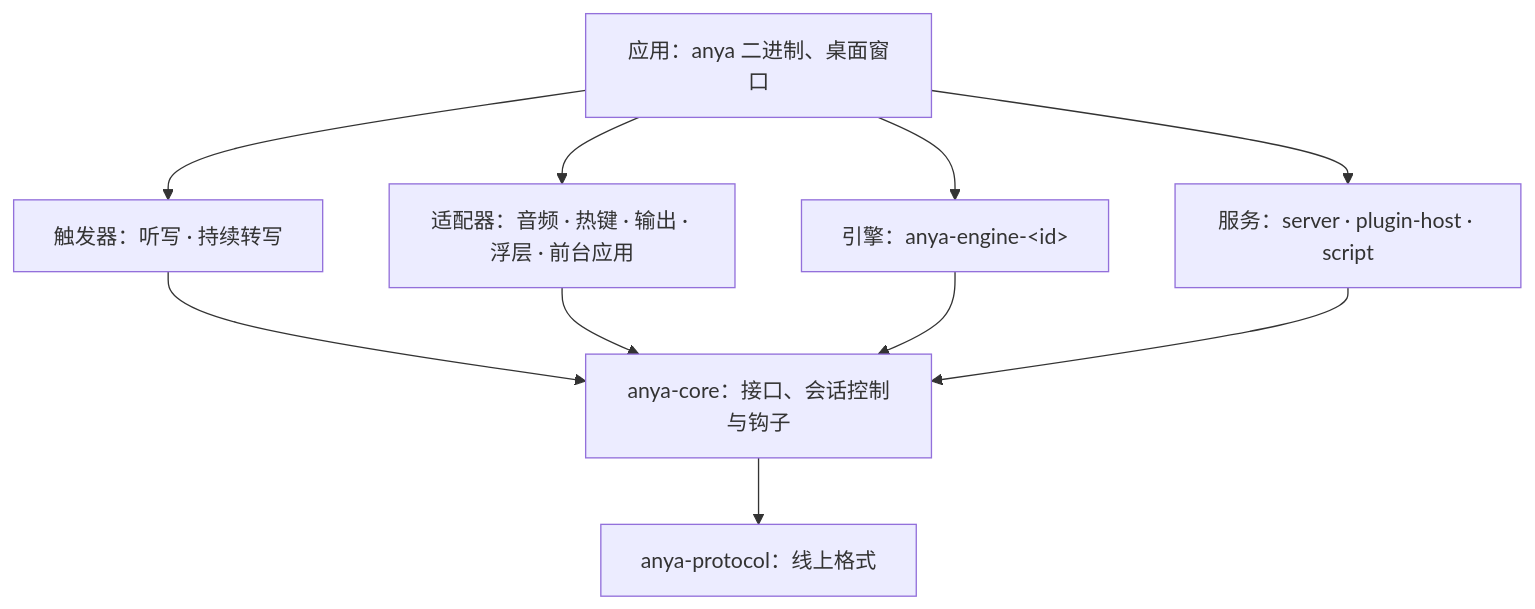
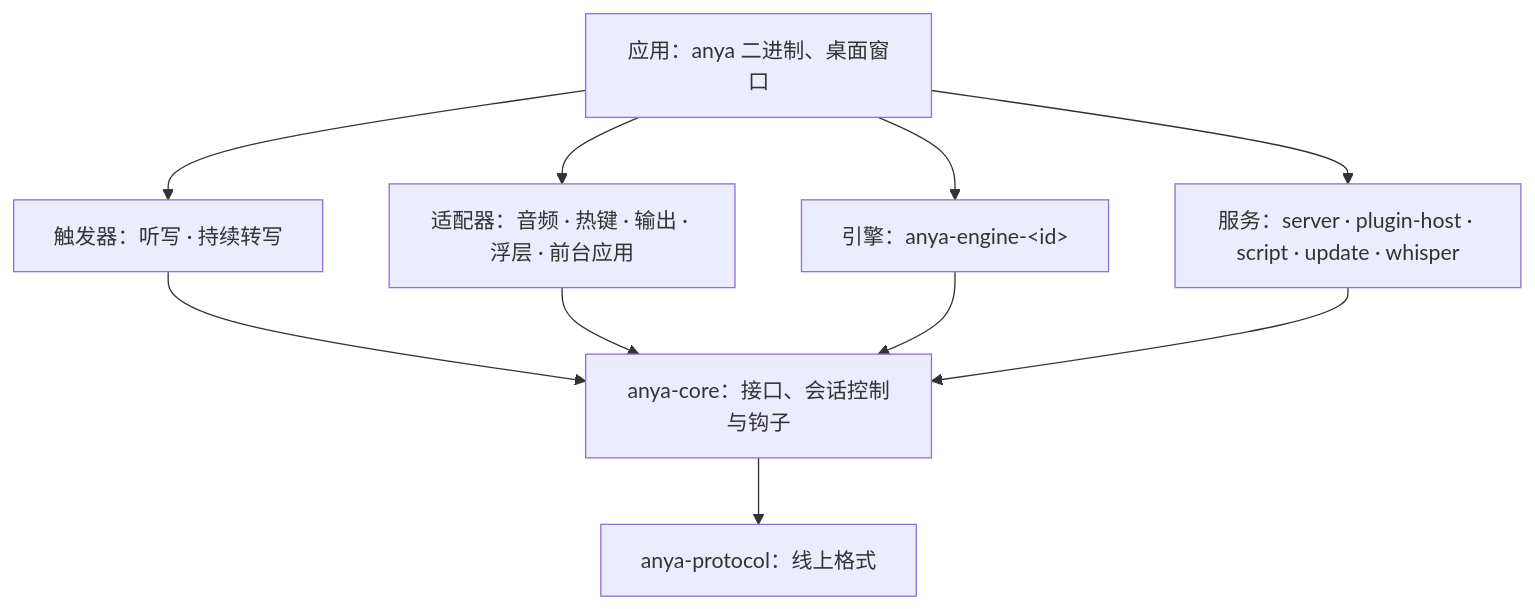
One commit to wakaka6/anya changed the diagram in README.md. Above: the diagram before and after it, drawn with Mermaid. The commit also changed other lines of this file and 31 other files, not shown here.

First line of the commit message:
whisper: Anya can run whisper-server and download its models

````diff
--- a/README.md
+++ b/README.md
@@ -126,12 +135,12 @@
 ```mermaid
 flowchart TB
   App["应用：anya 二进制、桌面窗口"]
   Trigger["触发器：听写 · 持续转写"]
   Adapter["适配器：音频 · 热键 · 输出 · 浮层 · 前台应用"]
   Engine["引擎：anya-engine-&lt;id&gt;"]
-  Service["服务：server · plugin-host · script"]
+  Service["服务：server · plugin-host · script · update · whisper"]
   Core["anya-core：接口、会话控制与钩子"]
   Protocol["anya-protocol：线上格式"]
   App --> Trigger & Adapter & Engine & Service
   Trigger & Adapter & Engine & Service --> Core --> Protocol
 ```
````
